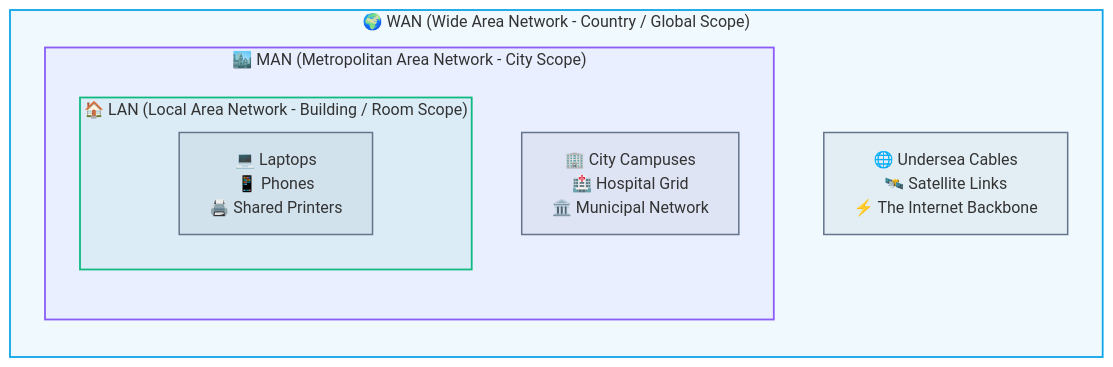
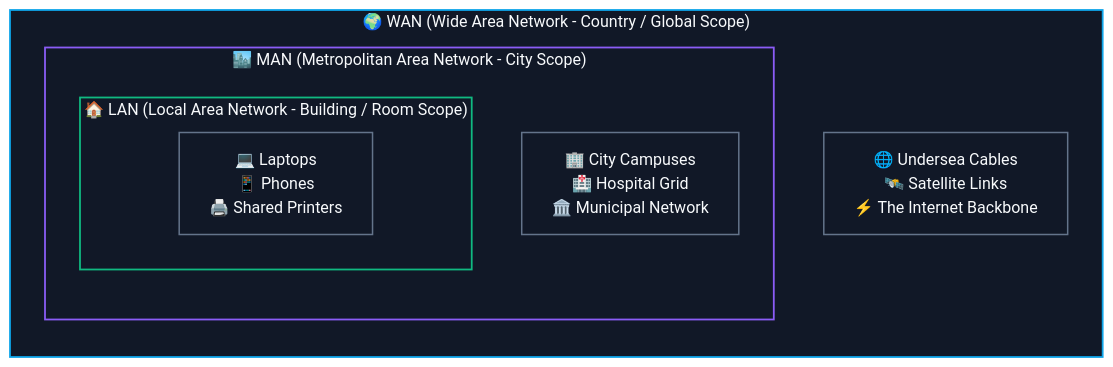
The third of 5 diagrams in CS/Computer Networking/01. Architecture & Fundamentals/01. Introduction to Computer Networks.md (abhinavbharti2345/CS_Notes), drawn with Mermaid before and after one commit. The commit also changed other lines of this file and 195 other files, not shown here.

````diff
--- a/CS/Computer Networking/01. Architecture & Fundamentals/01. Introduction to Computer Networks.md
+++ b/CS/Computer Networking/01. Architecture & Fundamentals/01. Introduction to Computer Networks.md
@@ -93,24 +95,25 @@
 ```mermaid
+%%{init: {'theme': 'base', 'themeVariables': { 'darkMode': true, 'background': '#0B0F14', 'mainBkg': '#111827', 'primaryColor': '#111827', 'primaryTextColor': '#F8FAFC', 'primaryBorderColor': '#38BDF8', 'lineColor': '#64748B', 'secondaryColor': '#0B0F14', 'tertiaryColor': '#0B0F14', 'clusterBkg': '#0B0F14', 'clusterBorder': '#38BDF8' }}}%%
 graph TD
     subgraph WANGroup["🌍 WAN (Wide Area Network - Country / Global Scope)"]
         direction TB
         subgraph MANGroup["🏙️ MAN (Metropolitan Area Network - City Scope)"]
             direction TB
             subgraph LANGroup["🏠 LAN (Local Area Network - Building / Room Scope)"]
                 LANItems["💻 Laptops<br>📱 Phones<br>🖨️ Shared Printers"]
             end
             MANItems["🏢 City Campuses<br>🏥 Hospital Grid<br>🏛️ Municipal Network"]
         end
         WANItems["🌐 Undersea Cables<br>🛰️ Satellite Links<br>⚡ The Internet Backbone"]
     end
 
-    classDef wan fill:#0ea5e910,stroke:#0ea5e9,stroke-width:1.8px;
-    classDef man fill:#8b5cf610,stroke:#8b5cf6,stroke-width:1.8px;
-    classDef lan fill:#10b98110,stroke:#10b981,stroke-width:1.8px;
-    classDef item fill:#64748b15,stroke:#64748b,stroke-width:1.5px;
+    classDef wan fill:#111827,stroke:#0ea5e9,stroke-width:1.8px,color:#F8FAFC;
+    classDef man fill:#111827,stroke:#8b5cf6,stroke-width:1.8px,color:#F8FAFC;
+    classDef lan fill:#111827,stroke:#10b981,stroke-width:1.8px,color:#F8FAFC;
+    classDef item fill:#111827,stroke:#64748b,stroke-width:1.5px,color:#F8FAFC;
 
     class WANGroup wan;
     class MANGroup man;
     class LANGroup lan;
     class LANItems,MANItems,WANItems item;
 ```
````
